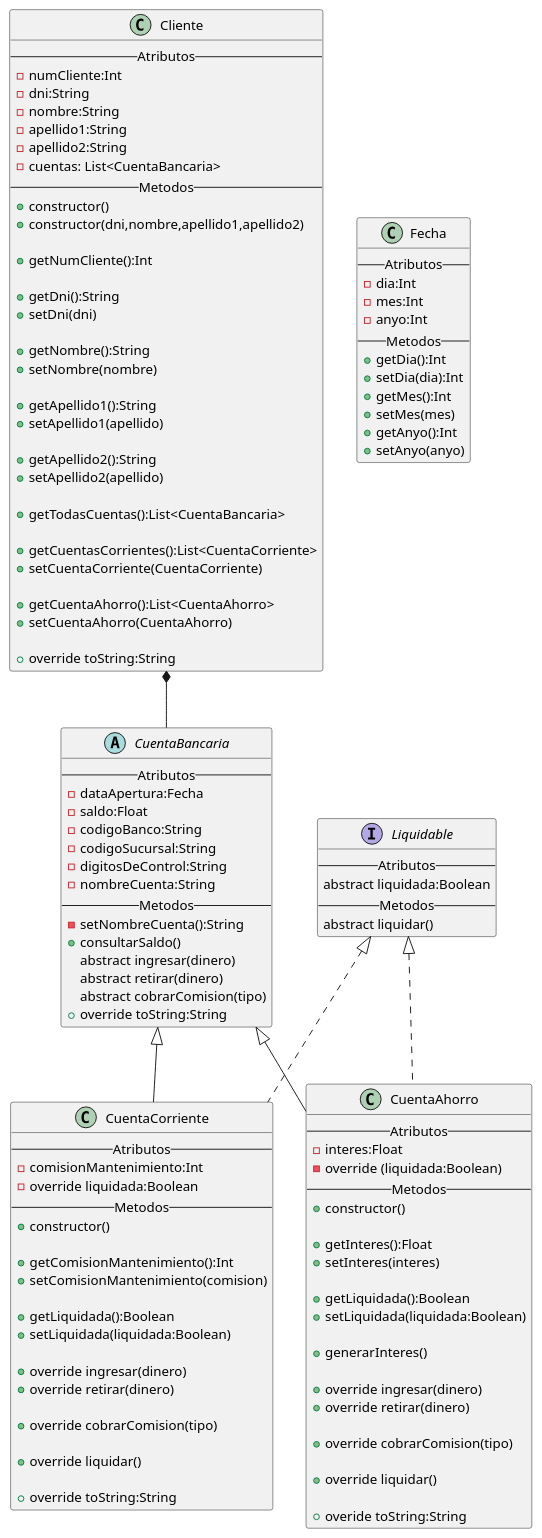
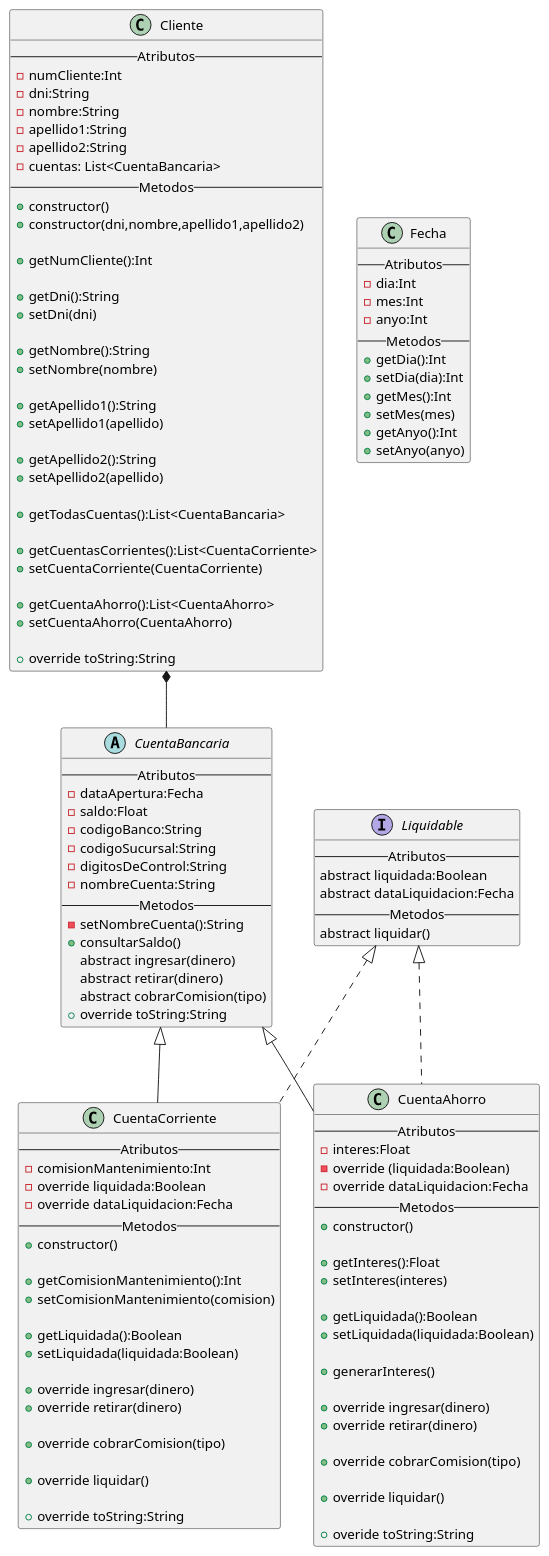
Before and after one commit to MaxDronCode/LadronesLegales: the diagram in src/main/kotlin/uml/DiagramaClases.puml, drawn with PlantUML. The commit also changed 6 other files, not shown here.

```diff
--- a/src/main/kotlin/uml/DiagramaClases.puml
+++ b/src/main/kotlin/uml/DiagramaClases.puml
@@ -1,139 +1,142 @@
 @startuml
 'https://plantuml.com/class-diagram
 
 class Cliente{
 --Atributos--
 -numCliente:Int
 -dni:String
 -nombre:String
 -apellido1:String
 -apellido2:String
 -cuentas: List<CuentaBancaria>
 --Metodos--
 +constructor()
 +constructor(dni,nombre,apellido1,apellido2)
 
 +getNumCliente():Int
 
 +getDni():String
 +setDni(dni)
 
 +getNombre():String
 +setNombre(nombre)
 
 +getApellido1():String
 +setApellido1(apellido)
 
 +getApellido2():String
 +setApellido2(apellido)
 
 +getTodasCuentas():List<CuentaBancaria>
 
 +getCuentasCorrientes():List<CuentaCorriente>
 +setCuentaCorriente(CuentaCorriente)
 
 +getCuentaAhorro():List<CuentaAhorro>
 +setCuentaAhorro(CuentaAhorro)
 
 +override toString:String
 }
 abstract CuentaBancaria{
 --Atributos--
 -dataApertura:Fecha
 -saldo:Float
 -codigoBanco:String
 -codigoSucursal:String
 -digitosDeControl:String
 -nombreCuenta:String
 --Metodos--
 -setNombreCuenta():String
 +consultarSaldo()
 abstract ingresar(dinero)
 abstract retirar(dinero)
 abstract cobrarComision(tipo)
 +override toString:String
 }
 
 class CuentaCorriente{
 --Atributos--
 -comisionMantenimiento:Int
 -override liquidada:Boolean
+-override dataLiquidacion:Fecha
 --Metodos--
 +constructor()
 
 +getComisionMantenimiento():Int
 +setComisionMantenimiento(comision)
 
 +getLiquidada():Boolean
 +setLiquidada(liquidada:Boolean)
 
 +override ingresar(dinero)
 +override retirar(dinero)
 
 +override cobrarComision(tipo)
 
 +override liquidar()
 
 +override toString:String
 }
 
 class CuentaAhorro{
 --Atributos--
 -interes:Float
 -override (liquidada:Boolean)
+-override dataLiquidacion:Fecha
 --Metodos--
 +constructor()
 
 +getInteres():Float
 +setInteres(interes)
 
 +getLiquidada():Boolean
 +setLiquidada(liquidada:Boolean)
 
 +generarInteres()
 
 +override ingresar(dinero)
 +override retirar(dinero)
 
 +override cobrarComision(tipo)
 
 +override liquidar()
 
 +overide toString:String
 }
 
 interface Liquidable {
 --Atributos--
 abstract liquidada:Boolean
+abstract dataLiquidacion:Fecha
 --Metodos--
 abstract liquidar()
 }
 
 class Fecha {
 --Atributos--
 -dia:Int
 -mes:Int
 -anyo:Int
 --Metodos--
 +getDia():Int
 +setDia(dia):Int
 +getMes():Int
 +setMes(mes)
 +getAnyo():Int
 +setAnyo(anyo)
 }
 
 
 CuentaBancaria <|-- CuentaAhorro
 CuentaBancaria <|-- CuentaCorriente
 
 Liquidable <|.. CuentaAhorro
 Liquidable <|.. CuentaCorriente
 
 Cliente *-- CuentaBancaria
 
 
 
 
 
 @enduml
```
